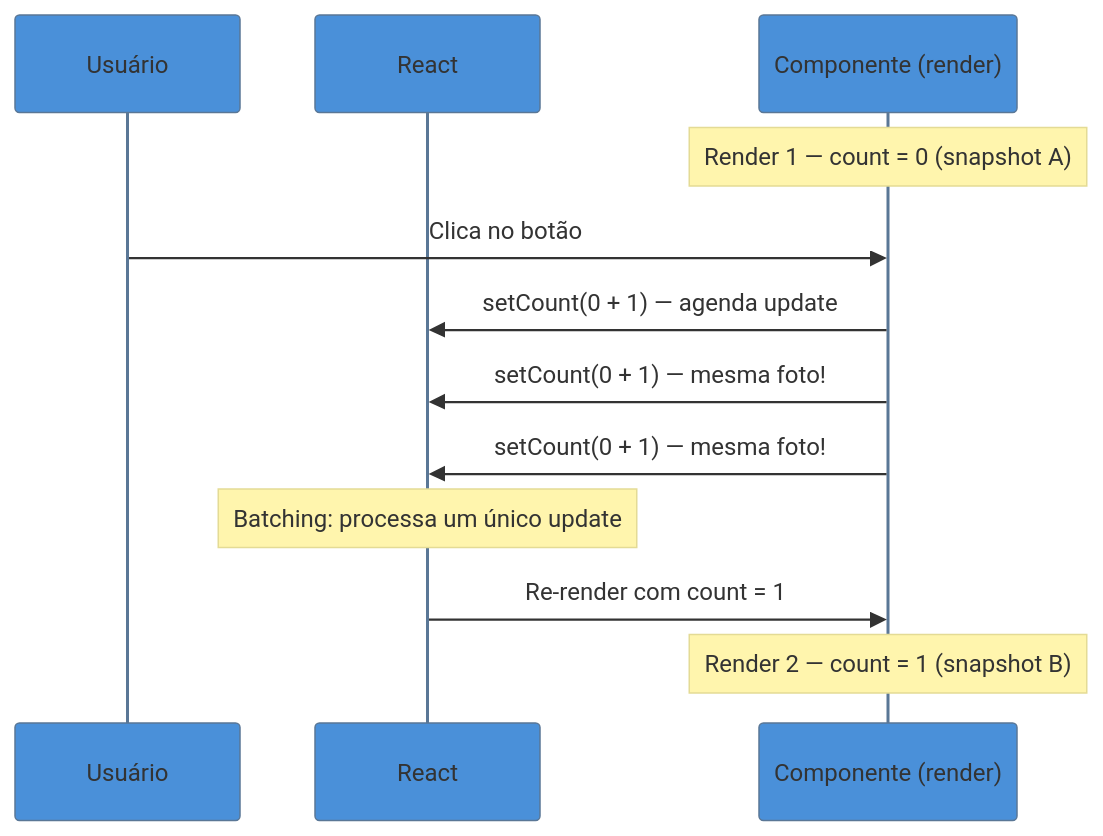
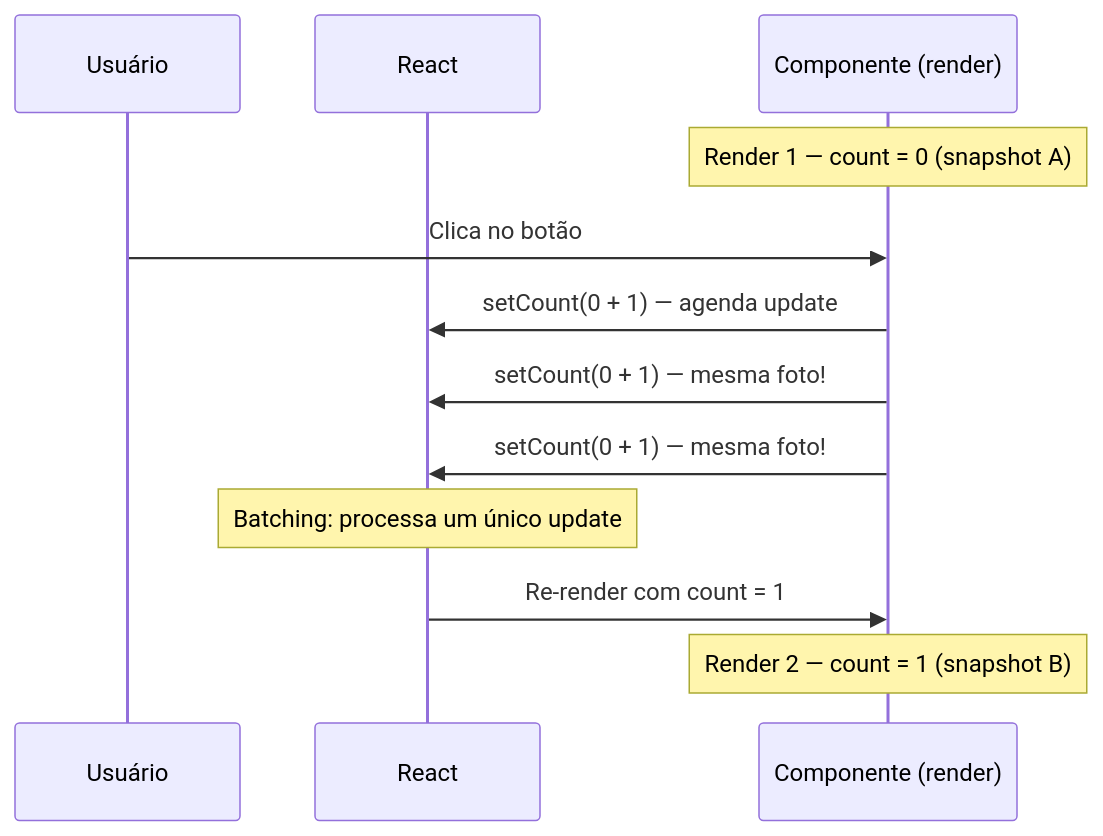
The diagram in 03-Dominios/Tecnologia/React/React core/05 - useState e estado local.md (josenaldo/codex-technomanticus), drawn with Mermaid before and after one commit. The commit also changed 1181 other files, not shown here.

First line of the commit message:
fix(diagramas): paleta do sistema no lugar de cor cravada no markdown

````diff
--- a/03-Dominios/Tecnologia/React/React core/05 - useState e estado local.md
+++ b/03-Dominios/Tecnologia/React/React core/05 - useState e estado local.md
@@ -180,16 +180,15 @@
 ```mermaid
-%%{init: {"theme": "base", "themeVariables": {"primaryColor": "#4A90D9", "secondaryColor": "#F5A623", "tertiaryColor": "#e8f4f8"}}}%%
 sequenceDiagram
     participant U as Usuário
     participant R as React
     participant C as Componente (render)
 
     Note over C: Render 1 — count = 0 (snapshot A)
     U->>C: Clica no botão
     C->>R: setCount(0 + 1) — agenda update
     C->>R: setCount(0 + 1) — mesma foto!
     C->>R: setCount(0 + 1) — mesma foto!
     Note over R: Batching: processa um único update
     R->>C: Re-render com count = 1
     Note over C: Render 2 — count = 1 (snapshot B)
 ```
````
